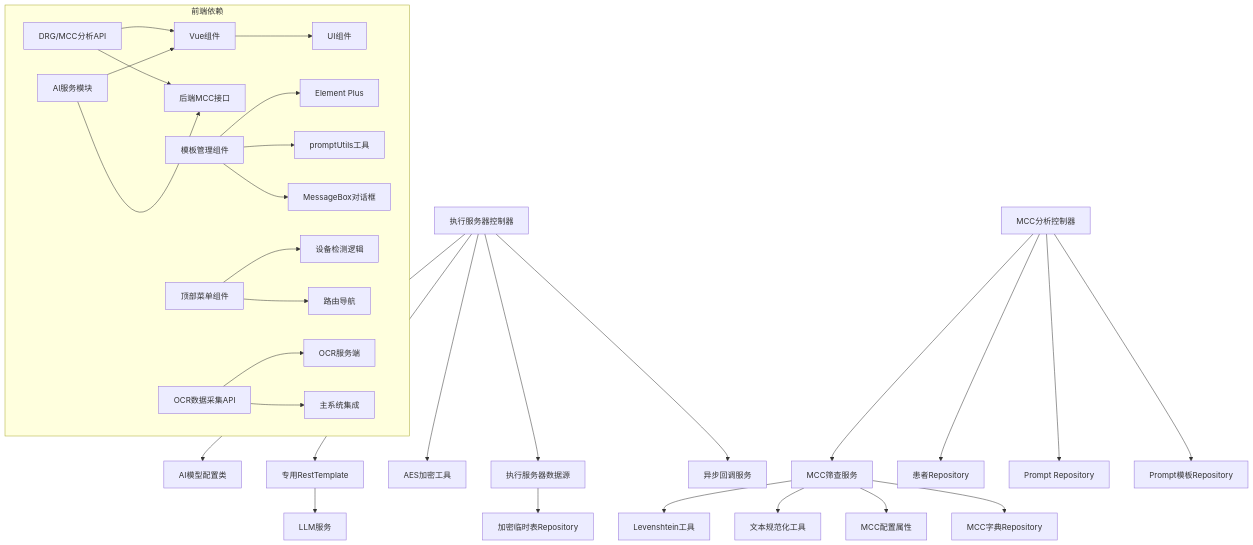
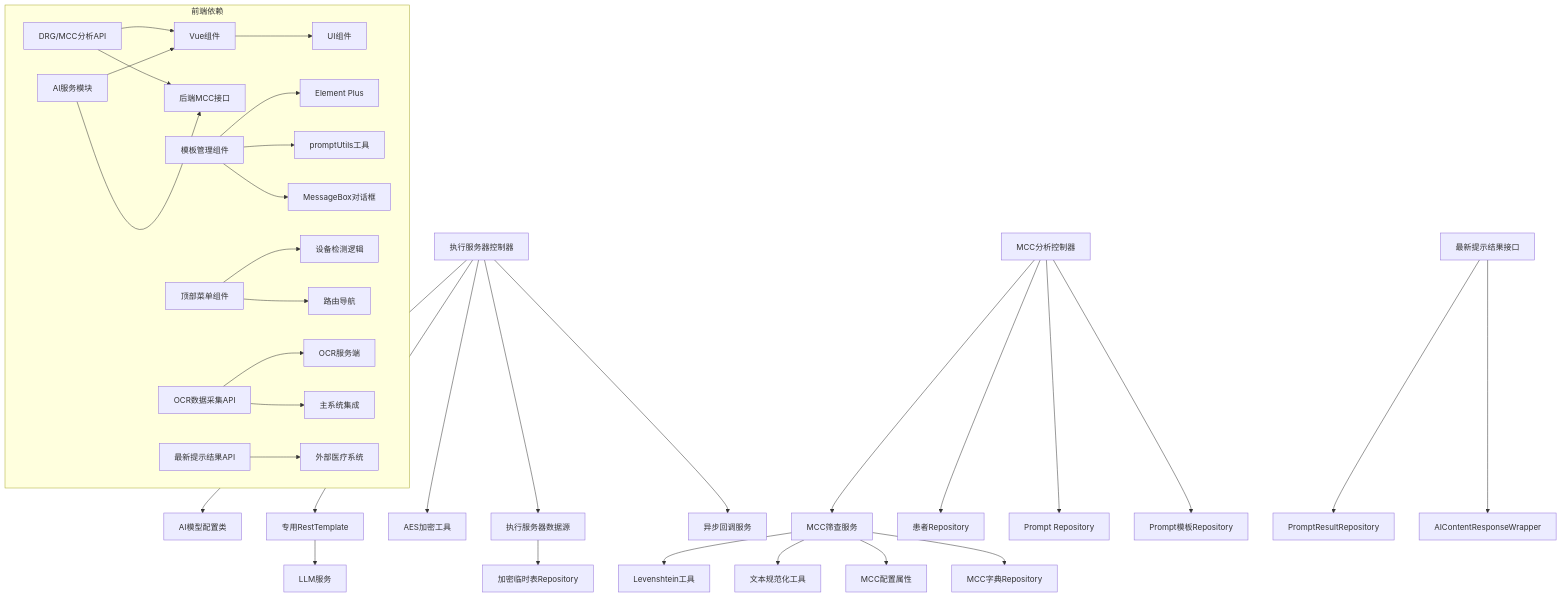
Before and after one commit to liuzh2008/med_ai_assistant_workspace: diagram 15 of 15 in .qoder/repowiki/zh/content/核心功能模块/AI诊断辅助系统.md, drawn with Mermaid. The commit also changed other lines of this file and 5 other files, not shown here.

````diff
--- a/.qoder/repowiki/zh/content/核心功能模块/AI诊断辅助系统.md
+++ b/.qoder/repowiki/zh/content/核心功能模块/AI诊断辅助系统.md
@@ -745,32 +816,35 @@
 ```mermaid
 graph TB
 Controller["执行服务器控制器"] --> Config["AI模型配置类"]
 Controller --> RestTemplate["专用RestTemplate"]
 Controller --> AES["AES加密工具"]
 Controller --> DB["执行服务器数据源"]
 Controller --> Callback["异步回调服务"]
 MCCController["MCC分析控制器"] --> MCCService["MCC筛查服务"]
 MCCController --> PatientRepo["患者Repository"]
 MCCController --> PromptRepo["Prompt Repository"]
 MCCController --> TemplateRepo["Prompt模板Repository"]
 MCCService --> Levenshtein["Levenshtein工具"]
 MCCService --> TextNorm["文本规范化工具"]
 MCCService --> Props["MCC配置属性"]
 MCCService --> MCCRepo["MCC字典Repository"]
 RestTemplate --> LLM["LLM服务"]
 DB --> TempRepo["加密临时表Repository"]
+LatestAPI["最新提示结果接口"] --> PromptResultRepo["PromptResultRepository"]
+LatestAPI --> Disclaimer["AIContentResponseWrapper"]
 subgraph "前端依赖"
 DRGAPI["DRG/MCC分析API"] --> VueComp["Vue组件"]
 DRGAPI --> BackendAPI["后端MCC接口"]
 AIService["AI服务模块"] --> VueComp
 AIService --> BackendAPI
 VueComp --> UIComponents["UI组件"]
 TemplateComp["模板管理组件"] --> ElementPlus["Element Plus"]
 TemplateComp --> promptUtils["promptUtils工具"]
 TemplateComp --> MessageBox["MessageBox对话框"]
 TopMenu["顶部菜单组件"] --> DeviceDetect["设备检测逻辑"]
 TopMenu --> Router["路由导航"]
 OCRAPI["OCR数据采集API"] --> OCRService["OCR服务端"]
 OCRAPI --> MainSystem["主系统集成"]
+LatestAPIFront["最新提示结果API"] --> ExternalSystem["外部医疗系统"]
 end
 ```
````
